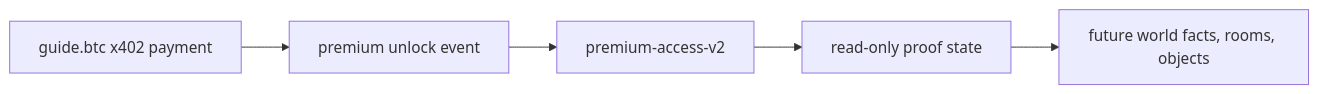
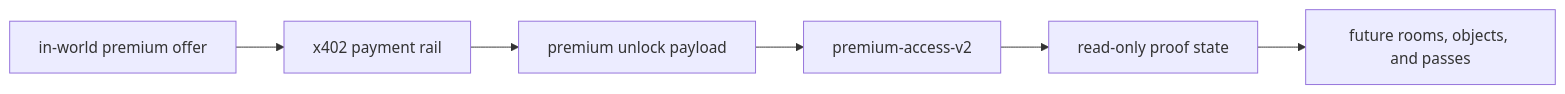
The ninth of 11 diagrams in docs/Stacks2D-Architecture.md (retroverse404/---stacks2d-dungeons-agents), drawn with Mermaid before and after one commit. The commit also changed other lines of this file and 3 other files, not shown here.

````diff
--- a/docs/Stacks2D-Architecture.md
+++ b/docs/Stacks2D-Architecture.md
@@ -245,7 +245,8 @@
 ```mermaid
 flowchart LR
-  X[guide.btc x402 payment] --> U[premium unlock event]
+  O[in-world premium offer] --> X[x402 payment rail]
+  X --> U[premium unlock payload]
   U --> C[premium-access-v2]
   C --> R[read-only proof state]
-  R --> W[future world facts, rooms, objects]
+  R --> W[future rooms, objects, and passes]
 ```
````
